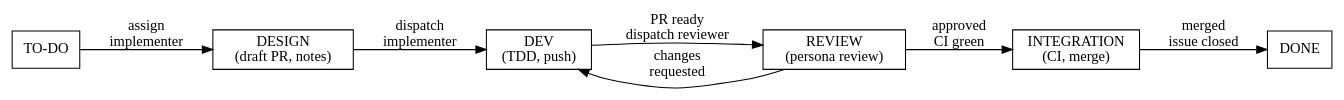
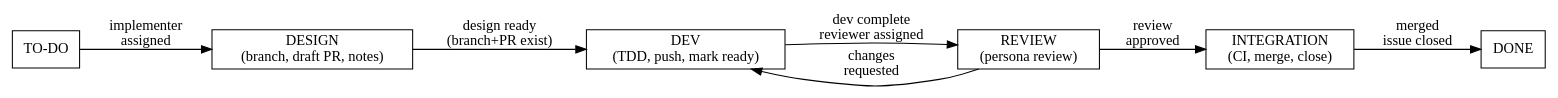
The diagram in skills/sprint-run/references/story-execution.md (jbrjake/giles), drawn with Graphviz before and after one commit. The commit also changed other lines of this file and 5 other files, not shown here.

````diff
--- a/skills/sprint-run/references/story-execution.md
+++ b/skills/sprint-run/references/story-execution.md
@@ -10,18 +10,18 @@
 ```dot
 digraph story_flow {
   rankdir=LR
   node [shape=box]
   todo [label="TO-DO"]
-  design [label="DESIGN\n(draft PR, notes)"]
-  dev [label="DEV\n(TDD, push)"]
+  design [label="DESIGN\n(branch, draft PR, notes)"]
+  dev [label="DEV\n(TDD, push, mark ready)"]
   review [label="REVIEW\n(persona review)"]
-  integration [label="INTEGRATION\n(CI, merge)"]
+  integration [label="INTEGRATION\n(CI, merge, close)"]
   done [label="DONE"]
-  todo -> design [label="assign\nimplementer"]
-  design -> dev [label="dispatch\nimplementer"]
-  dev -> review [label="PR ready\ndispatch reviewer"]
+  todo -> design [label="implementer\nassigned"]
+  design -> dev [label="design ready\n(branch+PR exist)"]
+  dev -> review [label="dev complete\nreviewer assigned"]
   review -> dev [label="changes\nrequested"]
-  review -> integration [label="approved\nCI green"]
+  review -> integration [label="review\napproved"]
   integration -> done [label="merged\nissue closed"]
 }
 ```
````
